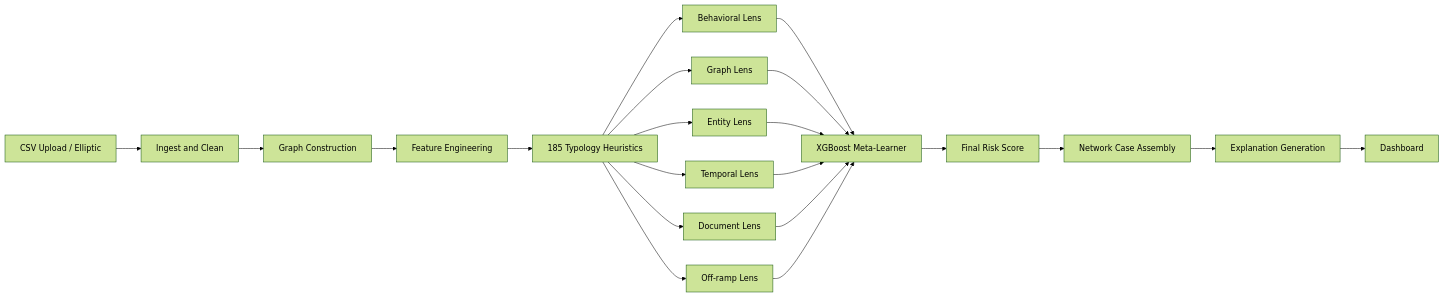
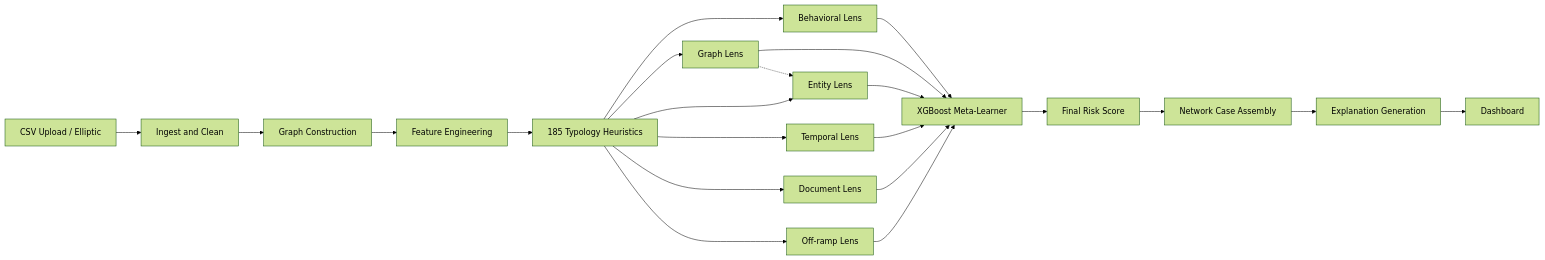
The second of 2 diagrams in .cursor/plans/aegis_aml_mvp_24edd37f.plan.md (aroudrasthakur/Cicada-AML), drawn with Mermaid (forest theme) before and after one commit. The commit also changed other lines of this file, not shown here.

````diff
--- a/.cursor/plans/aegis_aml_mvp_24edd37f.plan.md
+++ b/.cursor/plans/aegis_aml_mvp_24edd37f.plan.md
@@ -103,23 +106,24 @@
 ```mermaid
 flowchart LR
     CSV["CSV Upload / Elliptic"] --> Ingest["Ingest and Clean"]
     Ingest --> GraphBuild["Graph Construction"]
     GraphBuild --> Features["Feature Engineering"]
     Features --> Heuristics["185 Typology Heuristics"]
     Heuristics --> BehavioralLens["Behavioral Lens"]
     Heuristics --> GraphLens["Graph Lens"]
     Heuristics --> EntityLens["Entity Lens"]
     Heuristics --> TemporalLens["Temporal Lens"]
     Heuristics --> DocumentLens["Document Lens"]
     Heuristics --> OfframpLens["Off-ramp Lens"]
     BehavioralLens --> Meta["XGBoost Meta-Learner"]
     GraphLens --> Meta
+    GraphLens -.-> EntityLens
     EntityLens --> Meta
     TemporalLens --> Meta
     DocumentLens --> Meta
     OfframpLens --> Meta
     Meta --> FinalRisk["Final Risk Score"]
     FinalRisk --> CaseGen["Network Case Assembly"]
     CaseGen --> Explain["Explanation Generation"]
     Explain --> Dashboard["Dashboard"]
 ```
````
